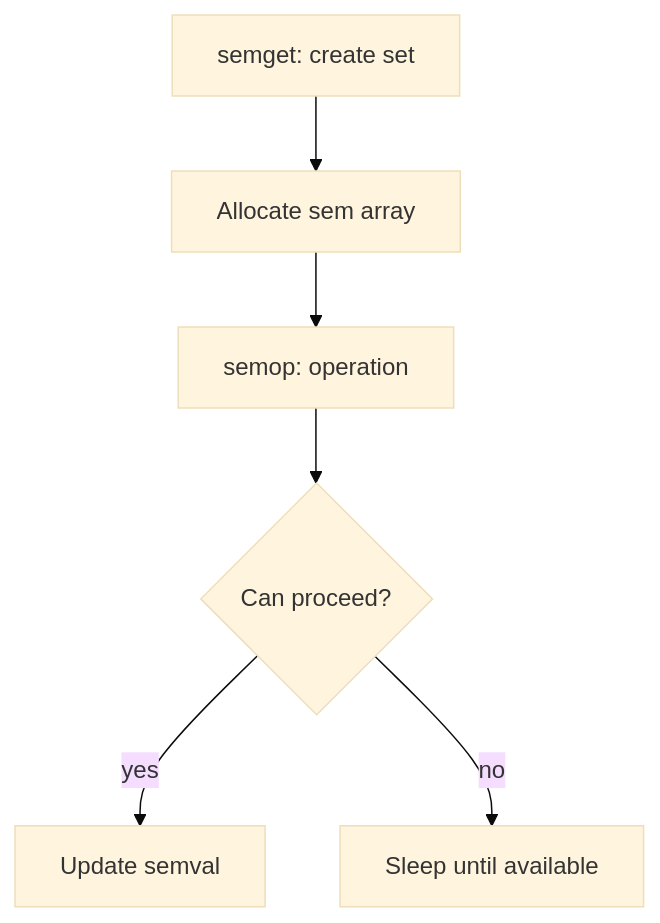
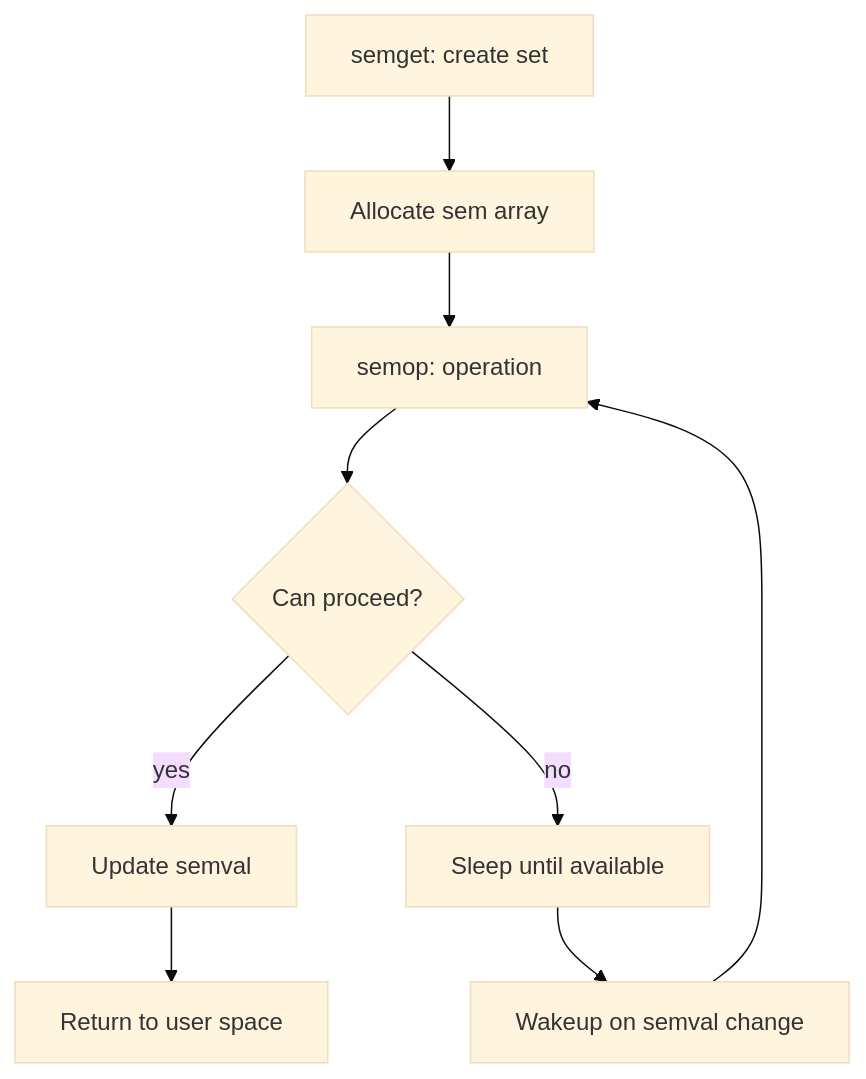
Before and after one commit to macsplit/unix_doc: the diagram in diagrams/1.9-semaphores.mmd, drawn with Mermaid (base theme). The commit also changed 9 other files, not shown here.

First line of the commit message:
Improve technical diagrams based on academic feedback

```diff
--- a/diagrams/1.9-semaphores.mmd
+++ b/diagrams/1.9-semaphores.mmd
@@ -1,6 +1,9 @@
 graph TD
     A[semget: create set] --> B[Allocate sem array]
     B --> C[semop: operation]
     C --> D{Can proceed?}
     D -->|yes| E[Update semval]
     D -->|no| F[Sleep until available]
+    E --> G[Return to user space]
+    F --> H[Wakeup on semval change]
+    H --> C
```
